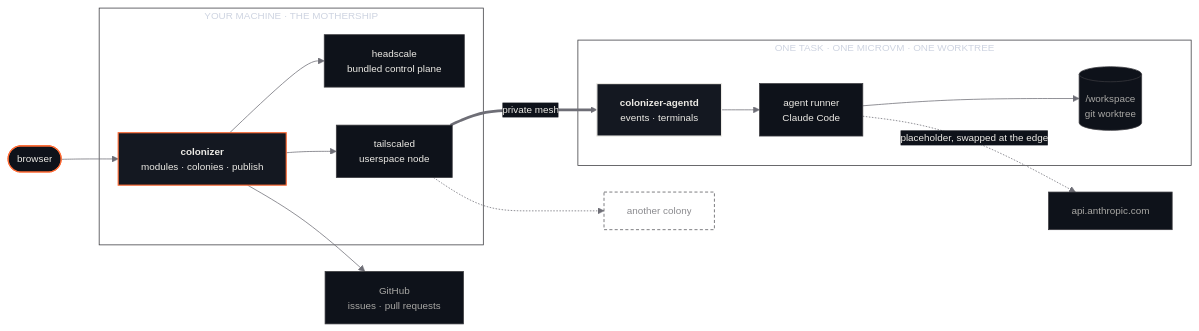
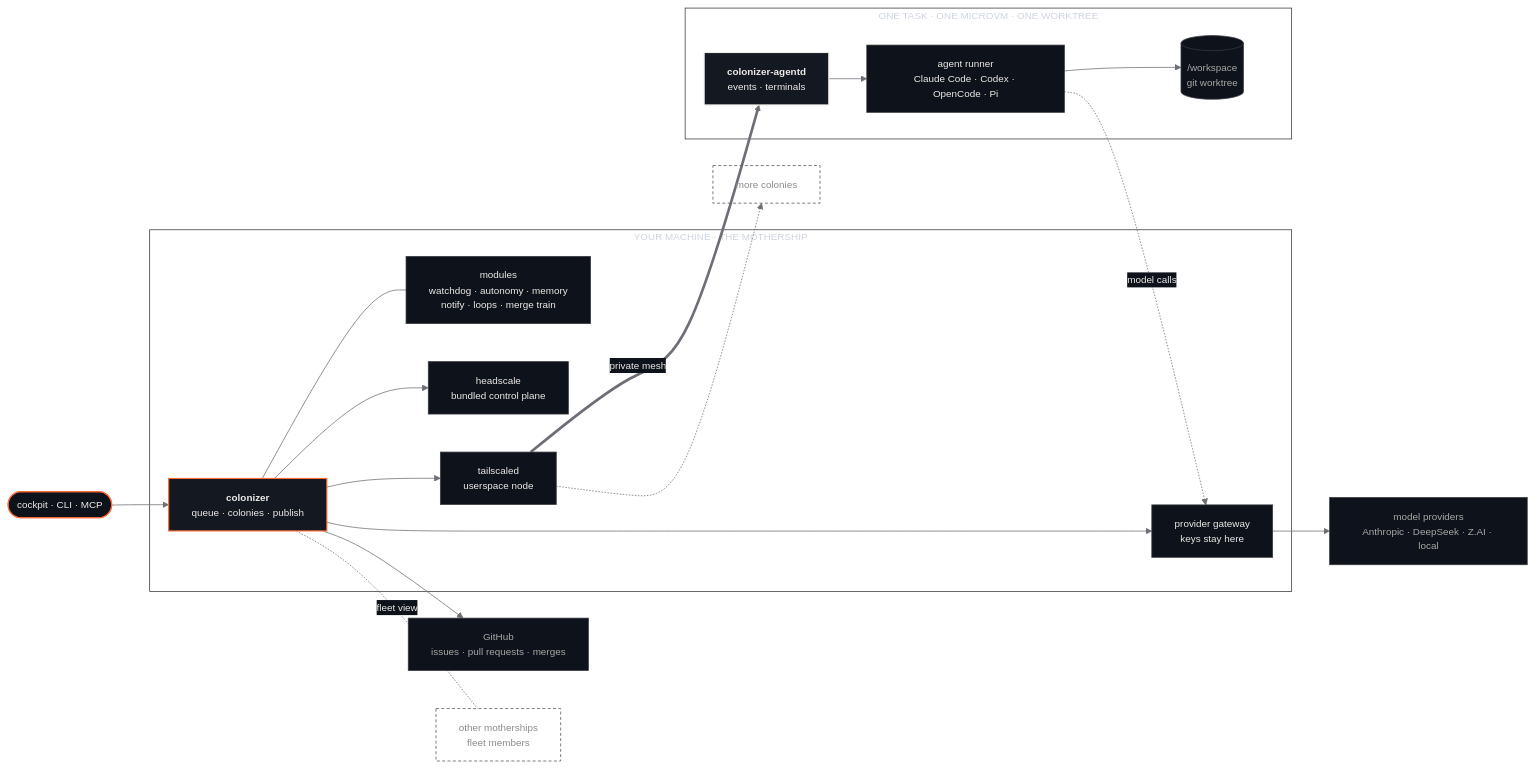
Before and after one commit to Colonizer-dev/harness: the diagram in docs/vision.md, drawn with Mermaid. The commit also changed 1 other file, not shown here.

Commit message:
docs(vision): update the Shape diagram to the current harness

````diff
--- a/docs/vision.md
+++ b/docs/vision.md
@@ -84,40 +84,46 @@
 ```mermaid
 %%{init: {"theme":"base","themeVariables":{
   "background":"transparent",
   "fontFamily":"ui-monospace, SFMono-Regular, Menlo, monospace",
   "fontSize":"13px",
   "primaryColor":"#141821","primaryTextColor":"#EDEBE6","primaryBorderColor":"#3A3A3F",
   "lineColor":"#6E6E76","textColor":"#8A8A8E",
   "clusterBkg":"transparent","clusterBorder":"#3A3A3F",
   "edgeLabelBackground":"#0E121A"
 }} }%%
 flowchart LR
-  U(["browser"]):::req --> M
+  U(["cockpit · CLI · MCP"]):::req --> M
 
   subgraph HOST["YOUR MACHINE · THE MOTHERSHIP"]
-    M["<b>colonizer</b><br/>modules · colonies · publish"]:::core
+    M["<b>colonizer</b><br/>queue · colonies · publish"]:::core
+    MOD["modules<br/>watchdog · autonomy · memory<br/>notify · loops · merge train"]:::mod
+    GW["provider gateway<br/>keys stay here"]:::mod
     HS["headscale<br/>bundled control plane"]:::mod
     TS["tailscaled<br/>userspace node"]:::mod
-    M --> HS & TS
+    M --- MOD
+    M --> HS & TS & GW
   end
 
   subgraph C["ONE TASK · ONE MICROVM · ONE WORKTREE"]
     AD["<b>colonizer-agentd</b><br/>events · terminals"]:::port
-    AG["agent runner<br/>Claude Code"]:::mod
+    AG["agent runner<br/>Claude Code · Codex · OpenCode · Pi"]:::mod
     WT[("/workspace<br/>git worktree")]:::vendor
     AD --> AG --> WT
   end
 
   TS == "private mesh" ==> AD
-  M --> GH["GitHub<br/>issues · pull requests"]:::vendor
-  AG -. "placeholder, swapped at the edge" .-> API["api.anthropic.com"]:::vendor
-  C2["another colony"]:::ghost
+  AG -. "model calls" .-> GW
+  GW --> API["model providers<br/>Anthropic · DeepSeek · Z.AI · local"]:::vendor
+  M --> GH["GitHub<br/>issues · pull requests · merges"]:::vendor
+  C2["more colonies"]:::ghost
   TS -.-> C2
+  F["other motherships<br/>fleet members"]:::ghost
+  M -. "fleet view" .- F
 
   classDef req fill:#0E121A,stroke:#FF6B35,stroke-width:1.5px,color:#EDEBE6
   classDef core fill:#141821,stroke:#FF6B35,stroke-width:1.5px,color:#EDEBE6
   classDef mod fill:#0E121A,stroke:#3A3A3F,color:#EDEBE6
   classDef port fill:#141821,stroke:#EDEBE6,stroke-width:1.5px,color:#EDEBE6
   classDef vendor fill:#0E121A,stroke:#3A3A3F,color:#A9A8A5
   classDef ghost fill:transparent,stroke:#55555A,stroke-dasharray:4 3,color:#8A8A8E
 ```
````
